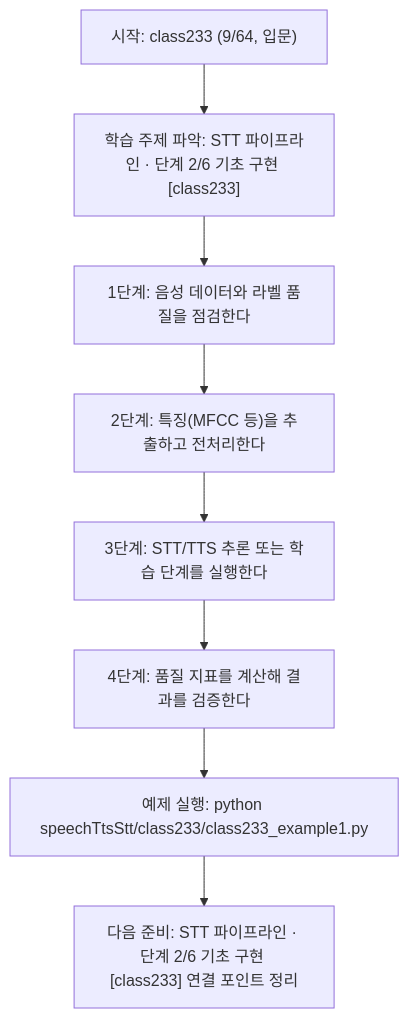
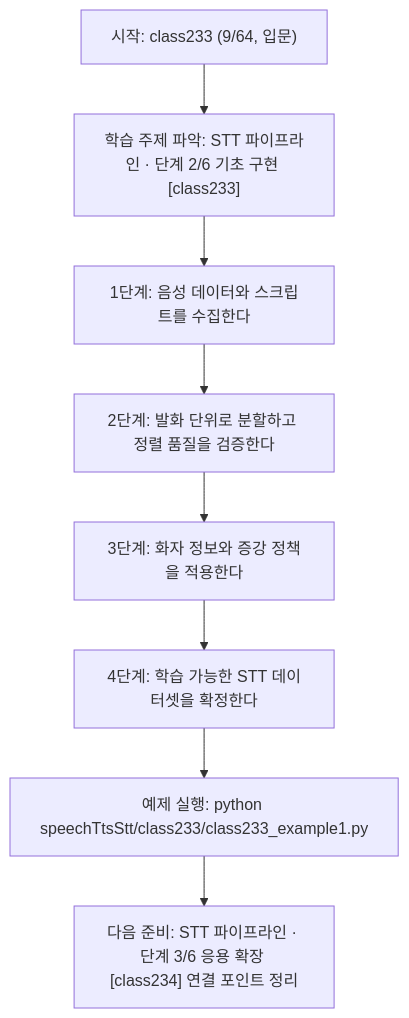
The diagram in speechTtsStt/class233/class233.md (edumgt/Python-AI_Agent-Class), drawn with Mermaid before and after one commit. The commit also changed other lines of this file and 1122 other files, not shown here.

````diff
--- a/speechTtsStt/class233/class233.md
+++ b/speechTtsStt/class233/class233.md
@@ -113,18 +95,18 @@
 ```mermaid
 flowchart TD
 N1["시작: class233 (9/64, 입문)"]
 N2["학습 주제 파악: STT 파이프라인 · 단계 2/6 기초 구현 [class233]"]
-N3["1단계: 음성 데이터와 라벨 품질을 점검한다"]
-N4["2단계: 특징(MFCC 등)을 추출하고 전처리한다"]
-N5["3단계: STT/TTS 추론 또는 학습 단계를 실행한다"]
-N6["4단계: 품질 지표를 계산해 결과를 검증한다"]
+N3["1단계: 음성 데이터와 스크립트를 수집한다"]
+N4["2단계: 발화 단위로 분할하고 정렬 품질을 검증한다"]
+N5["3단계: 화자 정보와 증강 정책을 적용한다"]
+N6["4단계: 학습 가능한 STT 데이터셋을 확정한다"]
 N7["예제 실행: python speechTtsStt/class233/class233_example1.py"]
-N8["다음 준비: STT 파이프라인 · 단계 2/6 기초 구현 [class233] 연결 포인트 정리"]
+N8["다음 준비: STT 파이프라인 · 단계 3/6 응용 확장 [class234] 연결 포인트 정리"]
 N1 --> N2
 N2 --> N3
 N3 --> N4
 N4 --> N5
 N5 --> N6
 N6 --> N7
 N7 --> N8
 ```
````
